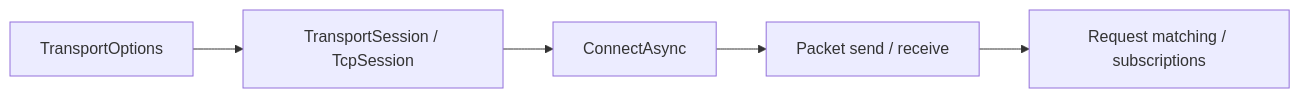
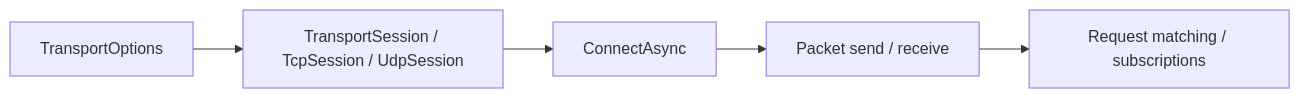
Before and after one commit to ppn-systems/Nalix: the diagram in docs/packages/nalix-sdk.md, drawn with Mermaid. The commit also changed other lines of this file and 220 other files, not shown here.

````diff
--- a/docs/packages/nalix-sdk.md
+++ b/docs/packages/nalix-sdk.md
@@ -10,7 +10,7 @@
 ```mermaid
 flowchart LR
-    A["TransportOptions"] --> B["TransportSession / TcpSession"]
+    A["TransportOptions"] --> B["TransportSession / TcpSession / UdpSession"]
     B --> C["ConnectAsync"]
     C --> D["Packet send / receive"]
     D --> E["Request matching / subscriptions"]
 ```
````
